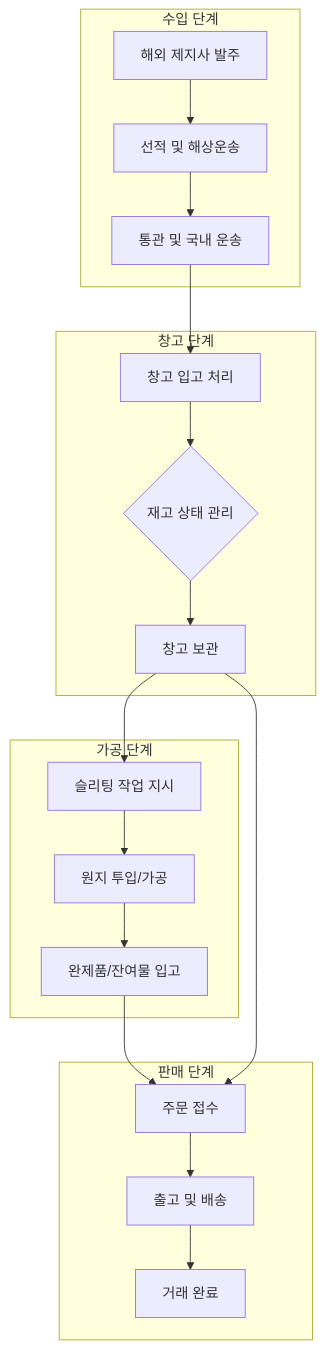
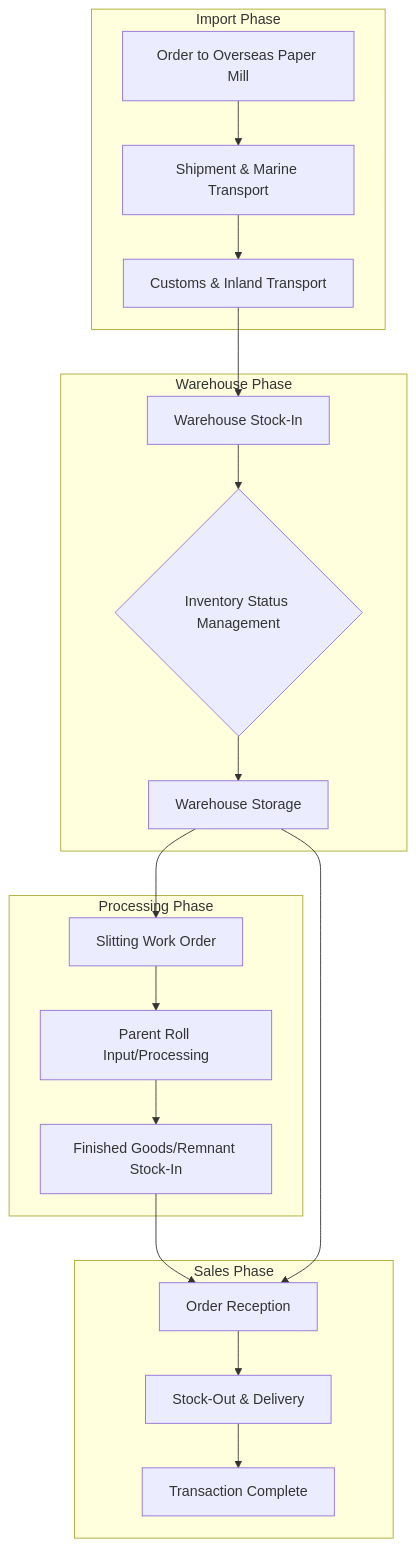
The diagram in docs/01-overview/business-context.md (ftrskuk/chisan-platform), drawn with Mermaid before and after one commit. The commit also changed other lines of this file and 36 other files, not shown here.

````diff
--- a/docs/01-overview/business-context.md
+++ b/docs/01-overview/business-context.md
@@ -31,23 +36,23 @@
 ```mermaid
 graph TD
-    subgraph "수입 단계"
-        A[해외 제지사 발주] --> B[선적 및 해상운송]
-        B --> C[통관 및 국내 운송]
+    subgraph "Import Phase"
+        A[Order to Overseas Paper Mill] --> B[Shipment & Marine Transport]
+        B --> C[Customs & Inland Transport]
     end
-    subgraph "창고 단계"
-        C --> D[창고 입고 처리]
-        D --> E{재고 상태 관리}
-        E --> F[창고 보관]
+    subgraph "Warehouse Phase"
+        C --> D[Warehouse Stock-In]
+        D --> E{Inventory Status Management}
+        E --> F[Warehouse Storage]
     end
-    subgraph "가공 단계"
-        F --> G[슬리팅 작업 지시]
-        G --> H[원지 투입/가공]
-        H --> I[완제품/잔여물 입고]
+    subgraph "Processing Phase"
+        F --> G[Slitting Work Order]
+        G --> H[Parent Roll Input/Processing]
+        H --> I[Finished Goods/Remnant Stock-In]
     end
-    subgraph "판매 단계"
-        I --> J[주문 접수]
+    subgraph "Sales Phase"
+        I --> J[Order Reception]
         F --> J
-        J --> K[출고 및 배송]
-        K --> L[거래 완료]
+        J --> K[Stock-Out & Delivery]
+        K --> L[Transaction Complete]
     end
 ```
````
